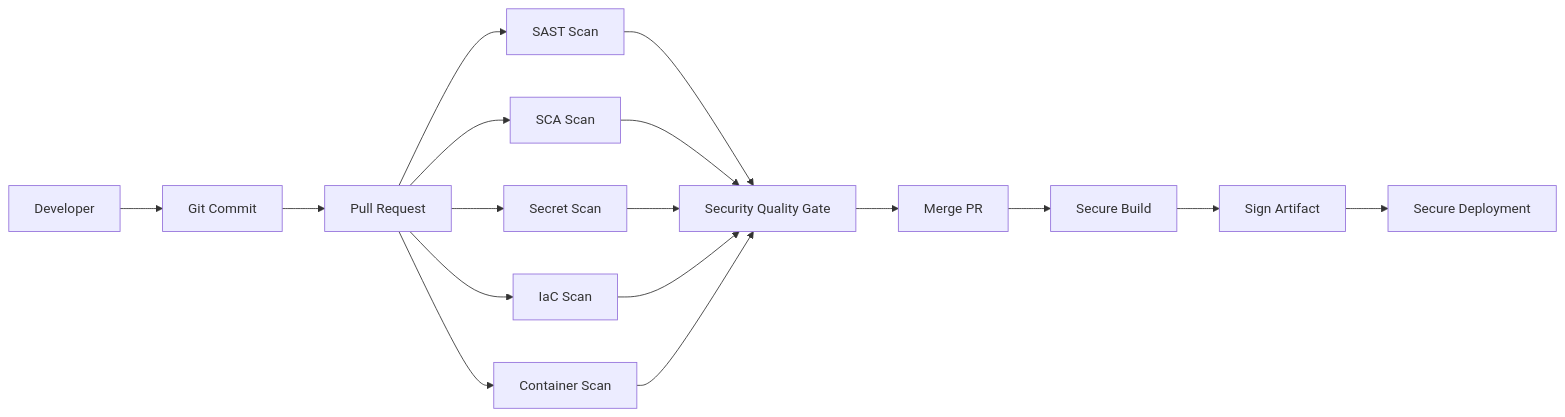
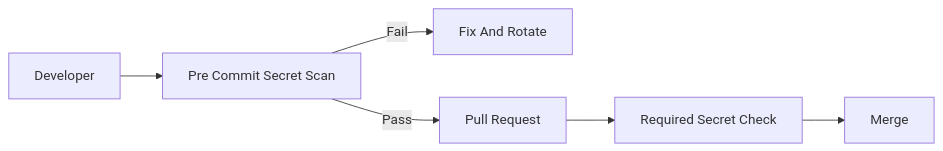
One commit to narendra486/devsecops-blogs changed the diagram in blog/2026-05-23-10-preventing-secret-leaks.mdx. Above: the diagram before and after it, drawn with Mermaid. The commit also changed other lines of this file and 53 other files, not shown here.

````diff
--- a/blog/2026-05-23-10-preventing-secret-leaks.mdx
+++ b/blog/2026-05-23-10-preventing-secret-leaks.mdx
@@ -36,19 +31,8 @@
 ```mermaid
 flowchart LR
-    Dev[Developer] --> Commit[Git Commit]
-    Commit --> PR[Pull Request]
-    PR --> SAST[SAST Scan]
-    PR --> SCA[SCA Scan]
-    PR --> Secrets[Secret Scan]
-    PR --> IaC[IaC Scan]
-    PR --> Container[Container Scan]
-    SAST --> Gate[Security Quality Gate]
-    SCA --> Gate
-    Secrets --> Gate
-    IaC --> Gate
-    Container --> Gate
-    Gate --> Merge[Merge PR]
-    Merge --> Build[Secure Build]
-    Build --> Sign[Sign Artifact]
-    Sign --> Deploy[Secure Deployment]
+    Dev[Developer] --> Hook[Pre Commit Secret Scan]
+    Hook -->|Fail| Fix[Fix And Rotate]
+    Hook -->|Pass| PR[Pull Request]
+    PR --> Gate[Required Secret Check]
+    Gate --> Merge[Merge]
 ```
````
